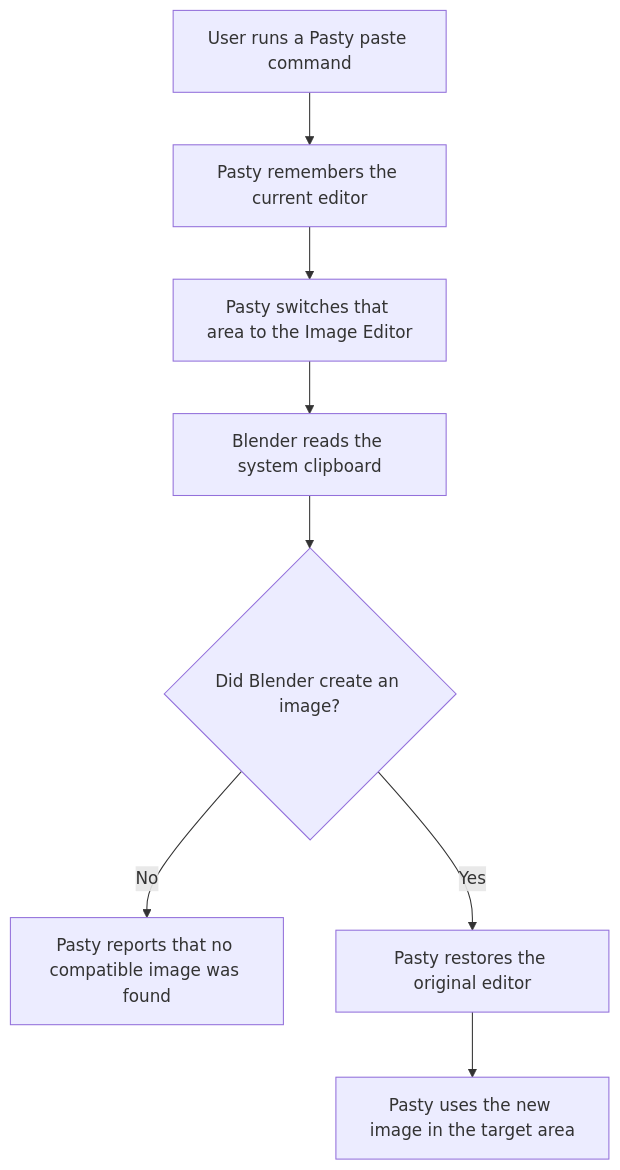
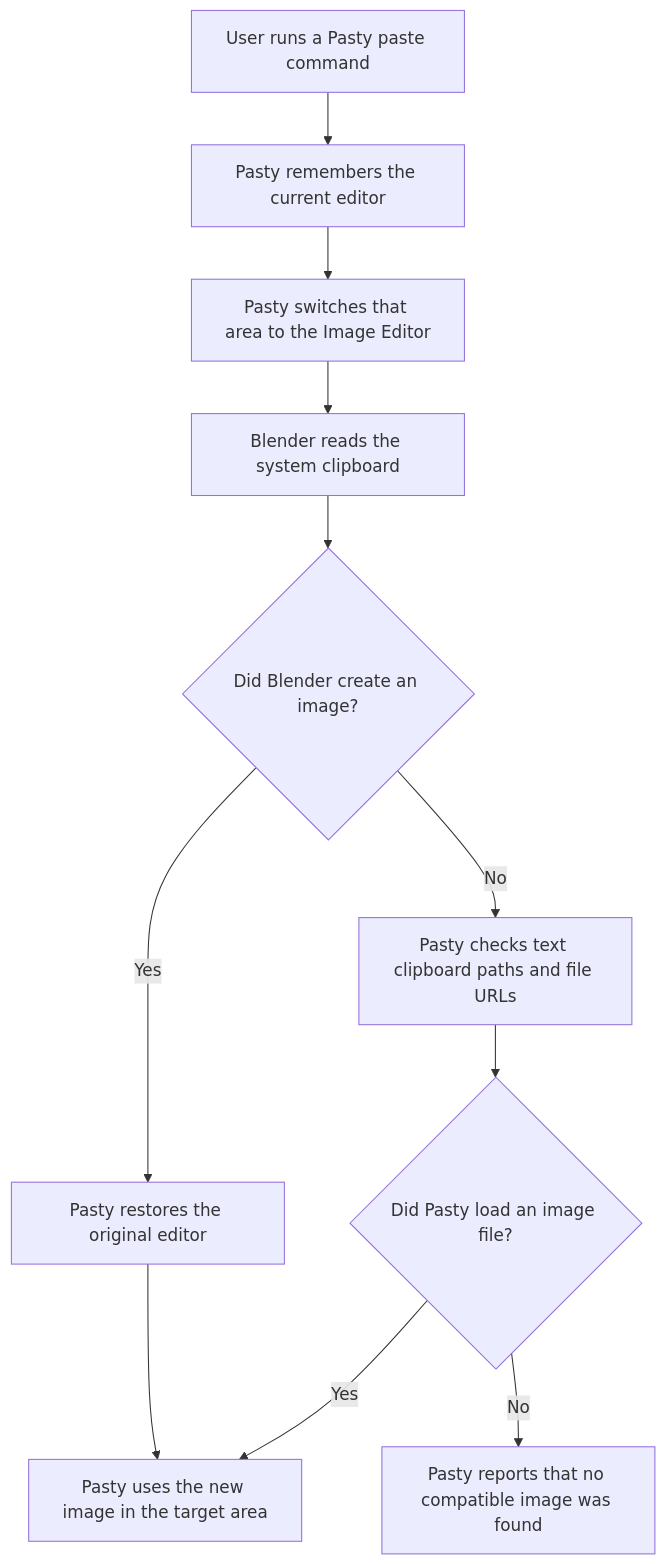
Before and after one commit to thanhph111/blender-pasty: the diagram in docs/technical-design.md, drawn with Mermaid. The commit also changed other lines of this file and 4 other files, not shown here.

Commit message:
feat: load clipboard image paths

````diff
--- a/docs/technical-design.md
+++ b/docs/technical-design.md
@@ -30,10 +32,13 @@
 ```mermaid
 flowchart TD
     A["User runs a Pasty paste command"] --> B["Pasty remembers the current editor"]
     B --> C["Pasty switches that area to the Image Editor"]
     C --> D["Blender reads the system clipboard"]
     D --> E{"Did Blender create an image?"}
-    E -->|"No"| F["Pasty reports that no compatible image was found"]
-    E -->|"Yes"| G["Pasty restores the original editor"]
-    G --> H["Pasty uses the new image in the target area"]
+    E -->|"Yes"| F["Pasty restores the original editor"]
+    F --> G["Pasty uses the new image in the target area"]
+    E -->|"No"| H["Pasty checks text clipboard paths and file URLs"]
+    H --> I{"Did Pasty load an image file?"}
+    I -->|"Yes"| G
+    I -->|"No"| J["Pasty reports that no compatible image was found"]
 ```
````
